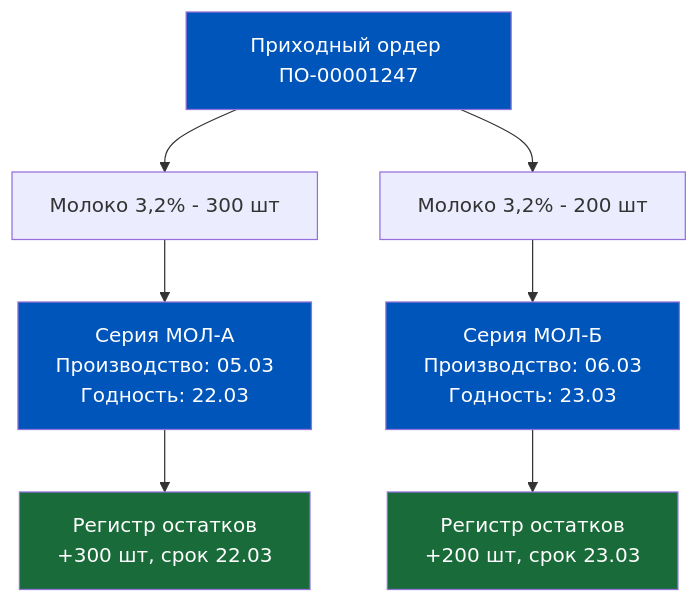
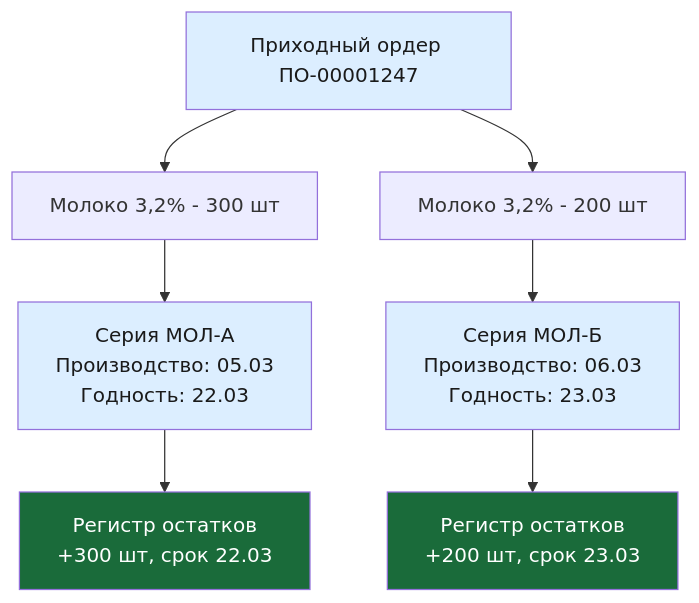
Before and after one commit to murad1986/1c-erp-quartz: the second of 7 diagrams in content/1c-erp/week_4/Неделя 4 - День 3 - Партионный учет и серийные номера.md, drawn with Mermaid. The commit also changed other lines of this file and 57 other files, not shown here.

First line of the commit message:
fix: Mermaid — пастельные цвета в источниках диаграмм (56 файлов)

````diff
--- a/content/1c-erp/week_4/Неделя 4 - День 3 - Партионный учет и серийные номера.md
+++ b/content/1c-erp/week_4/Неделя 4 - День 3 - Партионный учет и серийные номера.md
@@ -129,15 +129,15 @@
 ```mermaid
 graph TD
     A[Приходный ордер ПО-00001247] --> B[Молоко 3,2% - 300 шт]
     A --> C[Молоко 3,2% - 200 шт]
     B --> D[Серия МОЛ-А<br/>Производство: 05.03<br/>Годность: 22.03]
     C --> E[Серия МОЛ-Б<br/>Производство: 06.03<br/>Годность: 23.03]
     D --> F[Регистр остатков<br/>+300 шт, срок 22.03]
     E --> G[Регистр остатков<br/>+200 шт, срок 23.03]
 
-    style A fill:#0055BB,color:#fff
-    style D fill:#0055BB,color:#fff
-    style E fill:#0055BB,color:#fff
+    style A fill:#dceeff,color:#1a1a1a
+    style D fill:#dceeff,color:#1a1a1a
+    style E fill:#dceeff,color:#1a1a1a
     style F fill:#1a6b3a,color:#fff
     style G fill:#1a6b3a,color:#fff
 ```
````
